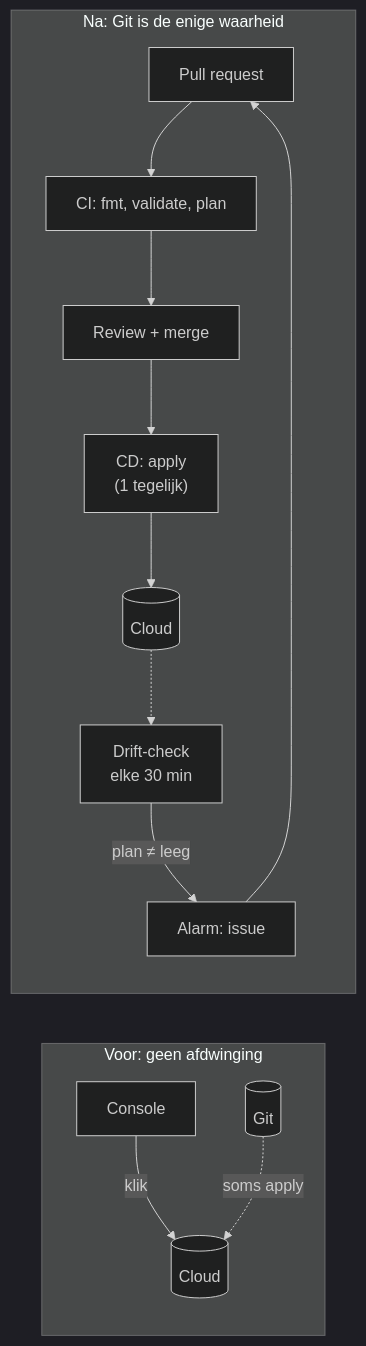
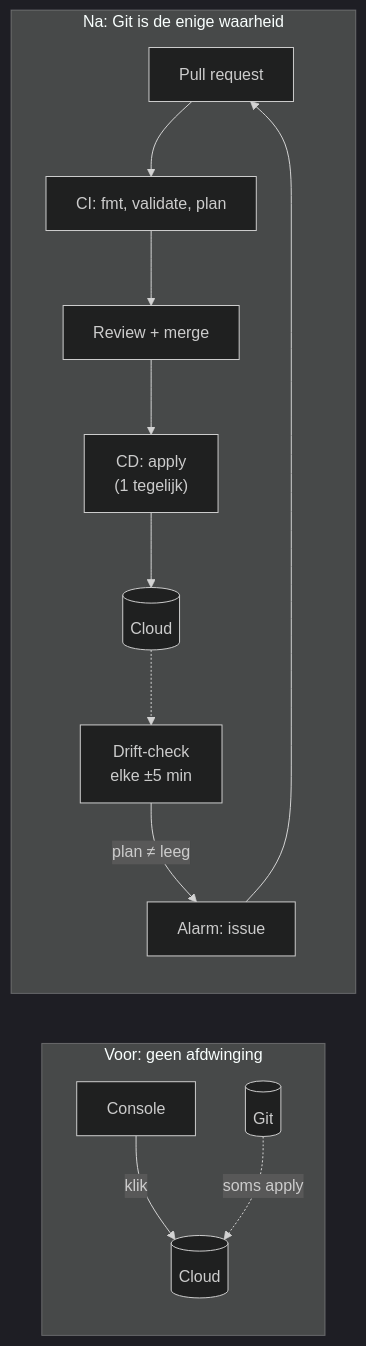
Before and after one commit to VR0EM/htf-antwerpen-2026: the fourth of 4 diagrams in docs/architectuur.md, drawn with Mermaid (dark theme). The commit also changed other lines of this file and 15 other files, not shown here.

````diff
--- a/docs/architectuur.md
+++ b/docs/architectuur.md
@@ -131,14 +131,14 @@
 ```mermaid
 flowchart LR
     subgraph voor["Voor: geen afdwinging"]
         c1["Console"] -->|klik| r1[("Cloud")]
         g1[("Git")] -.->|soms apply| r1
     end
     subgraph na["Na: Git is de enige waarheid"]
         pr["Pull request"] --> ci["CI: fmt, validate, plan"]
         ci --> m["Review + merge"] --> cd["CD: apply<br/>(1 tegelijk)"] --> r2[("Cloud")]
-        dc["Drift-check<br/>elke 30 min"] -->|plan ≠ leeg| al["Alarm: issue"]
+        dc["Drift-check<br/>elke ±5 min"] -->|plan ≠ leeg| al["Alarm: issue"]
         al --> pr
         r2 -.-> dc
     end
 ```
````
